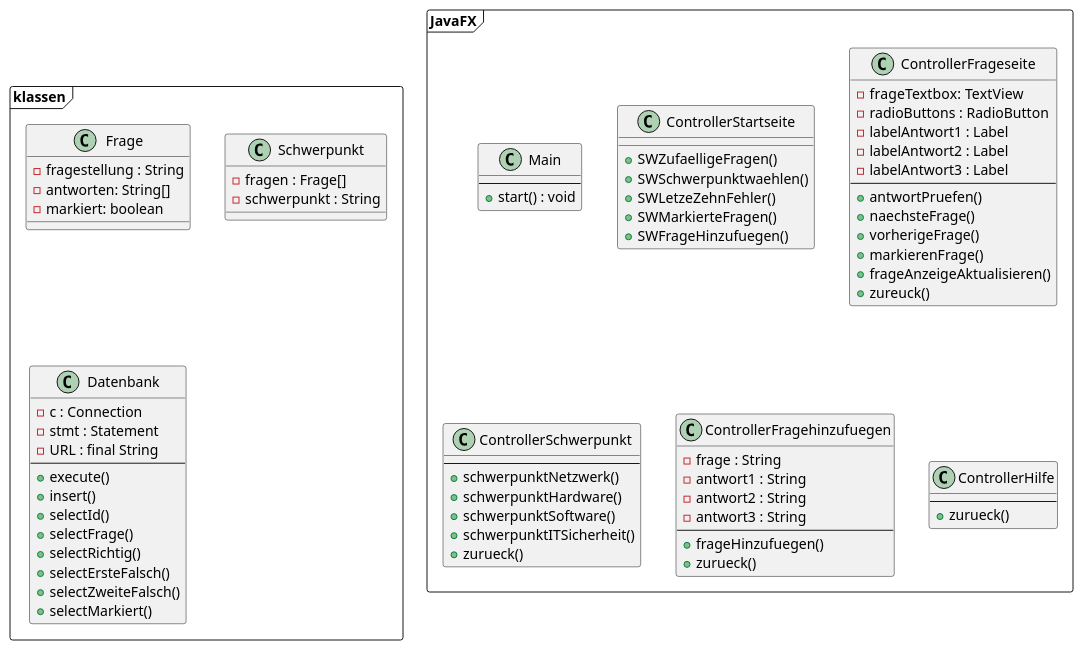
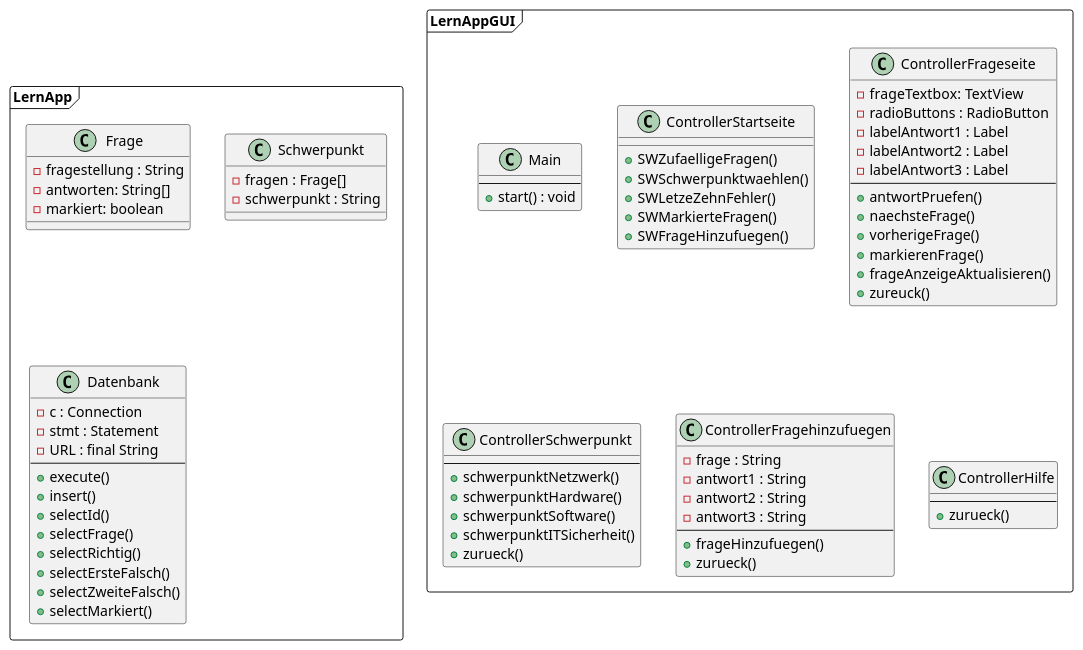
Before and after one commit to DerM0narch/LernApp: the diagram in docs/klassendiagramm.puml, drawn with PlantUML.

Commit message:
update classdiagram

```diff
--- a/docs/klassendiagramm.puml
+++ b/docs/klassendiagramm.puml
@@ -1,87 +1,87 @@
 @startuml klassendiagramm
 
-frame klassen{
+frame LernApp{
 class Frage {
     - fragestellung : String
     - antworten: String[]
     - markiert: boolean
 }
 
 class Schwerpunkt {
     - fragen : Frage[]
     - schwerpunkt : String
 }
 
 class Datenbank {
     - c : Connection
     - stmt : Statement
     - URL : final String
     --
     + execute()
     + insert()
     + selectId()
     + selectFrage()
     + selectRichtig()
     + selectErsteFalsch()
     + selectZweiteFalsch()
     + selectMarkiert()
 }
 
 }
 
-frame JavaFX {
+frame LernAppGUI {
 
 class Main {
     --
     + start() : void
 }
 class ControllerStartseite {
     + SWZufaelligeFragen()
     + SWSchwerpunktwaehlen()
     + SWLetzeZehnFehler()
     + SWMarkierteFragen()
     + SWFrageHinzufuegen()
 }
 
 class ControllerFrageseite {
     - frageTextbox: TextView
     - radioButtons : RadioButton
     - labelAntwort1 : Label
     - labelAntwort2 : Label
     - labelAntwort3 : Label
     --
     + antwortPruefen()
     + naechsteFrage()
     + vorherigeFrage()
     + markierenFrage()
     + frageAnzeigeAktualisieren()
     + zureuck()
 }
 
 class ControllerSchwerpunkt{
     --
     + schwerpunktNetzwerk()
     + schwerpunktHardware()
     + schwerpunktSoftware()
     + schwerpunktITSicherheit()
     + zurueck()
 }
 
 class ControllerFragehinzufuegen{
     - frage : String
     - antwort1 : String
     - antwort2 : String
     - antwort3 : String
     --
     + frageHinzufuegen()
     + zurueck()
 }
 
 class ControllerHilfe{
     --
     + zurueck()
 }
 
 }
 
 @enduml
```
